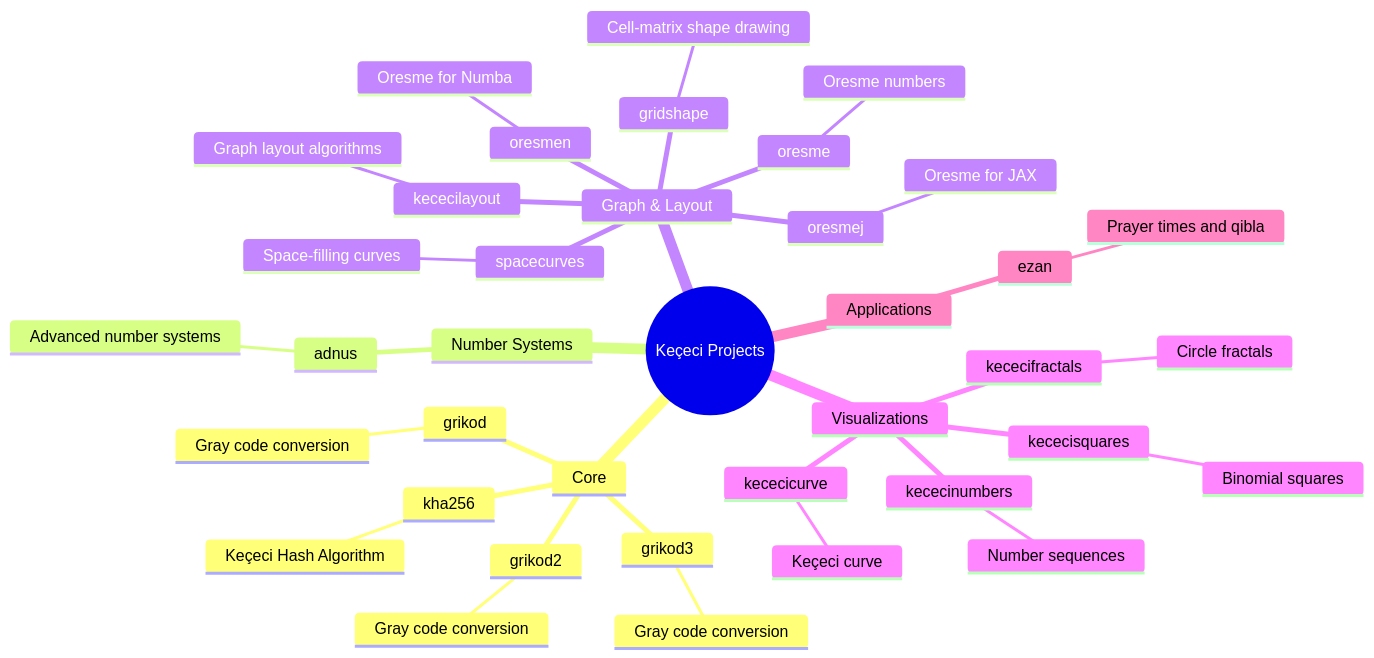
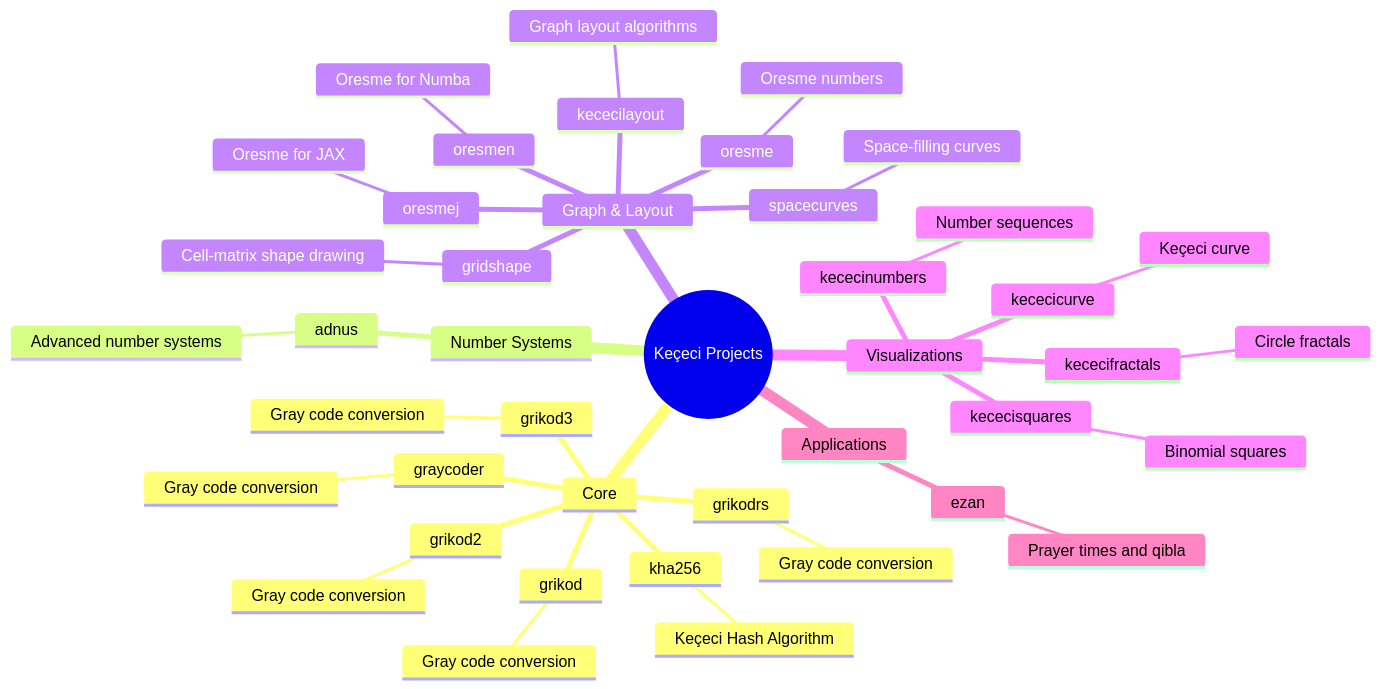
One commit to WhiteSymmetry/WhiteSymmetry changed the fourth of 5 diagrams in README.md. Above: the diagram before and after it, drawn with Mermaid. The commit also changed other lines of this file, not shown here.

First line of the commit message:
Update README with graycoder and grikodrs

````diff
--- a/README.md
+++ b/README.md
@@ -198,41 +212,45 @@
 ```mermaid
 mindmap
   root((Keçeci Projects))
     Core
       grikod
         Gray code conversion
       grikod2
         Gray code conversion
       grikod3
+        Gray code conversion
+      graycoder
+        Gray code conversion
+      grikodrs
         Gray code conversion
       kha256
         Keçeci Hash Algorithm
     Number Systems
       adnus
         Advanced number systems
     Graph & Layout
       oresme
         Oresme numbers
       oresmej
         Oresme for JAX
       oresmen
         Oresme for Numba
       kececilayout
         Graph layout algorithms
       gridshape
         Cell-matrix shape drawing
       spacecurves
         Space-filling curves
     Visualizations
       kececifractals
         Circle fractals
       kececicurve
         Keçeci curve
       kececisquares
         Binomial squares
       kececinumbers
         Number sequences
     Applications
       ezan
         Prayer times and qibla
 ```
````
